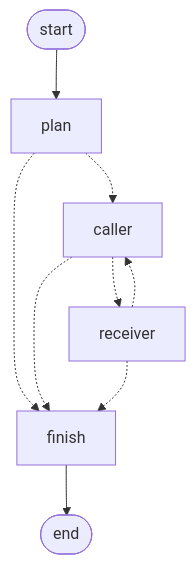
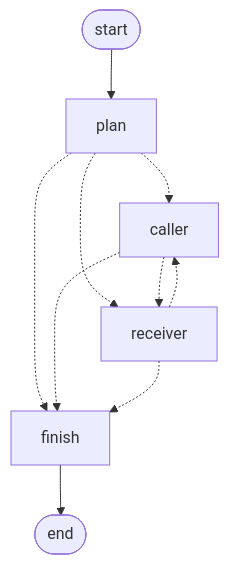
The diagram in modules/data_pipeline/README.md (ZenithGeeks/Callas), drawn with Mermaid before and after one commit. The commit also changed other lines of this file and 16 other files, not shown here.

````diff
--- a/modules/data_pipeline/README.md
+++ b/modules/data_pipeline/README.md
@@ -24,11 +24,12 @@
 ```mermaid
 graph TD;
 	__start__([start]) --> plan;
 	plan -.-> caller;
+	plan -.-> receiver;
 	plan -.-> finish;
 	caller -.-> receiver;
 	caller -.-> finish;
 	receiver -.-> caller;
 	receiver -.-> finish;
 	finish --> __end__([end]);
 ```
````
